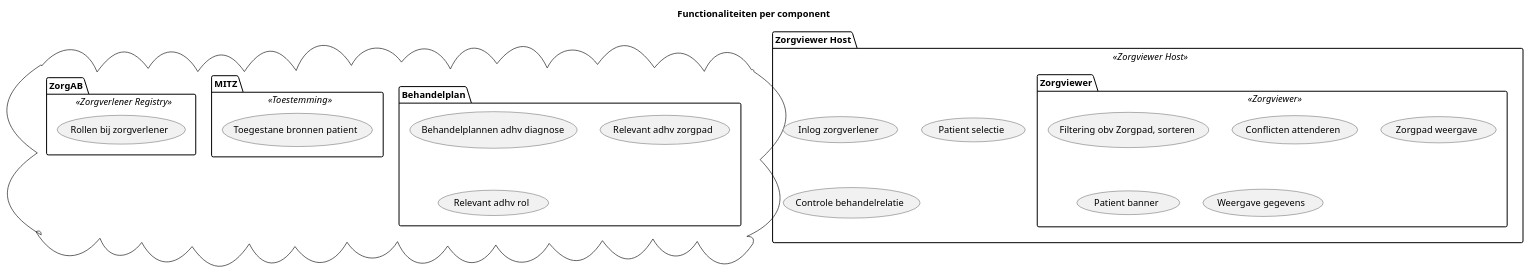
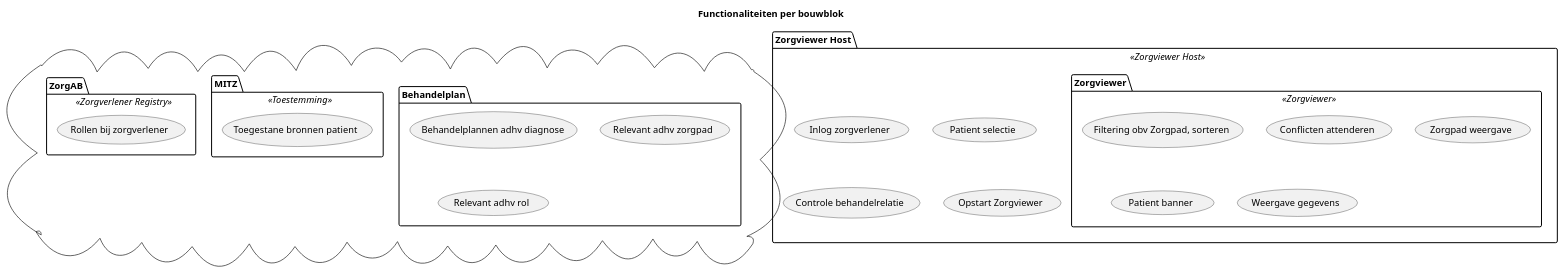
Before and after one commit to RIVO-Noord/zorgviewer-ig: the diagram in input/images-source/Functionaliteiten.plantuml, drawn with PlantUML. The commit also changed 12 other files, not shown here.

```diff
--- a/input/images-source/Functionaliteiten.plantuml
+++ b/input/images-source/Functionaliteiten.plantuml
@@ -1,32 +1,33 @@
 @startuml
 
-title "Functionaliteiten per component"
+title "Functionaliteiten per bouwblok"
 
 cloud {
  package [Behandelplan] {
   (Behandelplannen adhv diagnose)
   (Relevant adhv zorgpad)
   (Relevant adhv rol)
  }
  package [MITZ] <<Toestemming>> {
   (Toegestane bronnen patient)
  }
  package [ZorgAB] <<Zorgverlener Registry>> {
   (Rollen bij zorgverlener)
  }
 }
 
 package "Zorgviewer Host" <<Zorgviewer Host>> {
  package "Zorgviewer" <<Zorgviewer>> {
   (Filtering obv Zorgpad, sorteren)
   (Conflicten attenderen)
   (Zorgpad weergave)
   (Patient banner)
   (Weergave gegevens)
  }
  (Inlog zorgverlener)
  (Patient selectie)
  (Controle behandelrelatie)
+ (Opstart Zorgviewer)
 }
 
 @enduml
```
